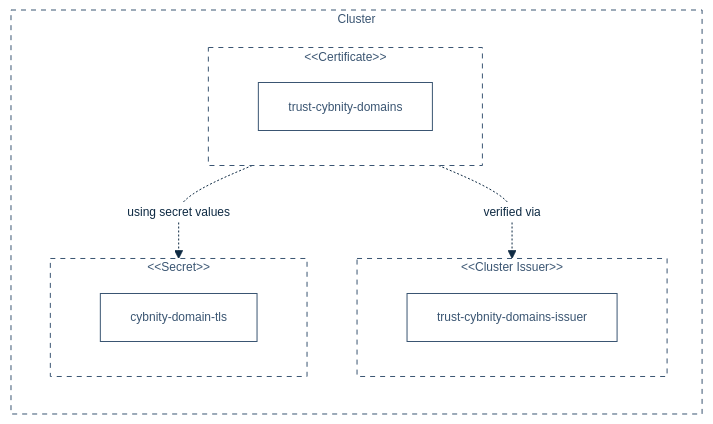
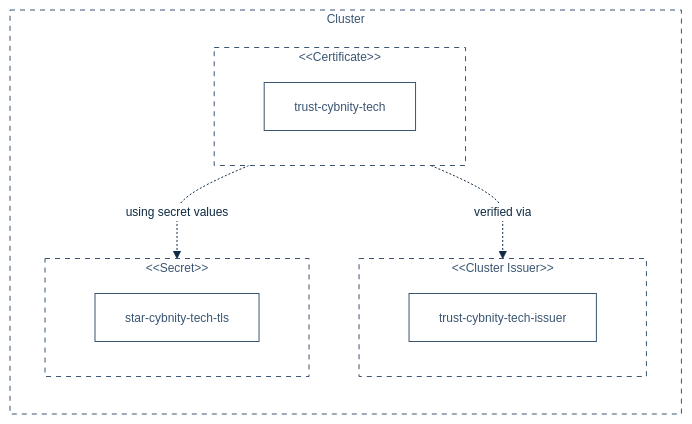
The diagram in implementations-line/systems/technical-infrastructure/CYDEL01-cybsup01.md (cybnity/foundation), drawn with Mermaid before and after one commit. The commit also changed other lines of this file and 3 other files, not shown here.

````diff
--- a/implementations-line/systems/technical-infrastructure/CYDEL01-cybsup01.md
+++ b/implementations-line/systems/technical-infrastructure/CYDEL01-cybsup01.md
@@ -461,57 +469,57 @@
       ```mermaid
       %%{
         init: {
           'theme': 'base',
           'themeVariables': {
               'background': '#ffffff',
               'fontFamily': 'arial',
               'fontSize': '12px',
               'primaryColor': '#fff',
               'primaryTextColor': '#0e2a43',
               'primaryBorderColor': '#0e2a43',
               'secondaryColor': '#fff',
               'secondaryTextColor': '#fff',
               'secondaryBorderColor': '#fff',
               'tertiaryColor': '#fff',
               'tertiaryTextColor': '#fff',
               'tertiaryBorderColor': '#fff',
               'lineColor': '#0e2a43',
               'titleColor': '#fff',
               'textColor': '#fff',
               'lineColor': '#0e2a43',
               'nodeTextColor': '#fff',
               'nodeBorder': '#0e2a43',
               'noteTextColor': '#fff',
               'noteBorderColor': '#fff'
           },
           'flowchart': { 'curve': 'monotoneY' }
         }
       }%%
       graph LR
         subgraph cluster["Cluster"]
           subgraph clusterIssuer["#60;#60;Cluster Issuer#62;#62;"]
-            issuer1["trust-cybnity-domains-issuer"]
+            issuer1["trust-cybnity-tech-issuer"]
           end
           subgraph certificate["#60;#60;Certificate#62;#62;"]
-            cert1["trust-cybnity-domains"]
+            cert1["trust-cybnity-tech"]
           end
           subgraph secret["#60;#60;Secret#62;#62;#10;"]
-            sc1["cybnity-domain-tls"]
+            sc1["star-cybnity-tech-tls"]
           end
         end
 
         certificate -. "verified via" .-> clusterIssuer
         certificate -. "using secret values" .-> secret
 
         classDef mediumfill fill:#3a5572, stroke:#3a5572, color:#fff
 
         classDef red fill:#e5302a, stroke:#e5302a, color:#fff, stroke-width:3px
         classDef medium fill:#fff, stroke:#3a5572, color:#3a5572
         classDef mediumdot fill:#fff, stroke:#3a5572, color:#3a5572, stroke-dasharray: 5 5
         classDef reddot fill:#fff, stroke:#e5302a, color:#e5302a, stroke-dasharray: 5 5, stroke-width:3px
         classDef dark fill:#0e2a43, stroke:#fff, color:#fff
         classDef internalconfig fill:#0e2a43, stroke:#fff, color:#fff
 
         class issuer1,cert1,sc1 medium;
         class cluster,clusterIssuer,certificate,secret mediumdot;
       ```
````
